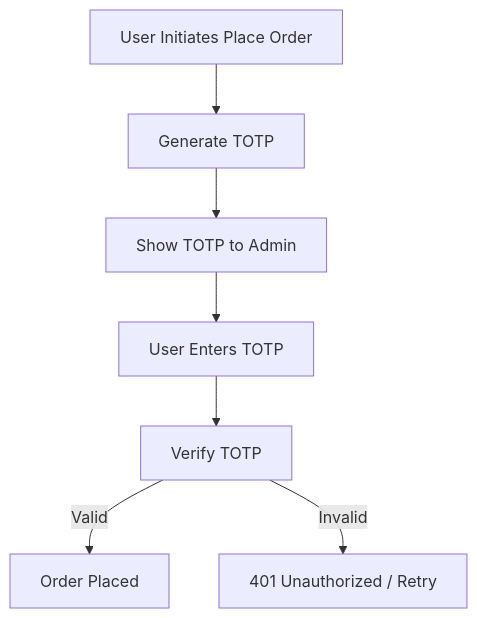
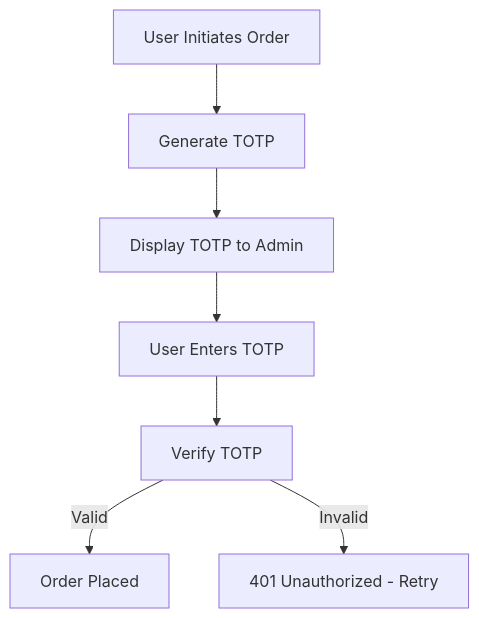
The fourth of 5 diagrams in server/README.md (Atharvkote/ai-based-contactless-ordering), drawn with Mermaid before and after one commit. The commit also changed other lines of this file and 5 other files, not shown here.

````diff
--- a/server/README.md
+++ b/server/README.md
@@ -223,9 +114,9 @@
 ```mermaid
 flowchart TD
-  O1["User Initiates Place Order"] --> O2["Generate TOTP"]
-  O2 --> O3["Show TOTP to Admin"]
-  O3 --> O4["User Enters TOTP"]
-  O4 --> O5["Verify TOTP"]
-  O5 -- "Valid" --> O6["Order Placed"]
-  O5 -- "Invalid" --> O7["401 Unauthorized / Retry"]
+    O1[User Initiates Order] --> O2[Generate TOTP]
+    O2 --> O3[Display TOTP to Admin]
+    O3 --> O4[User Enters TOTP]
+    O4 --> O5[Verify TOTP]
+    O5 -->|Valid| O6[Order Placed]
+    O5 -->|Invalid| O7[401 Unauthorized - Retry]
 ```
````
